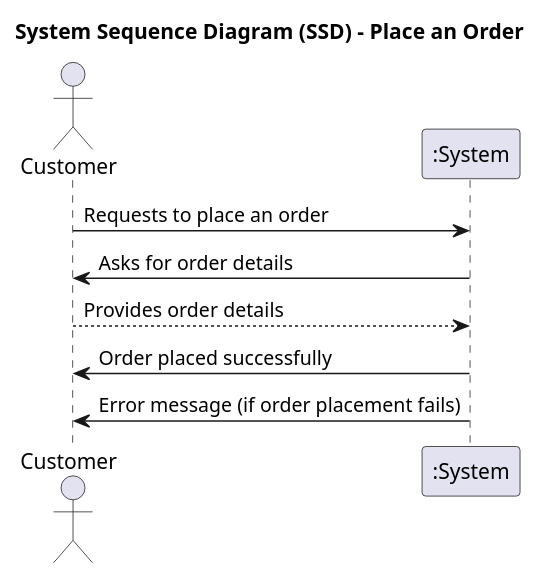
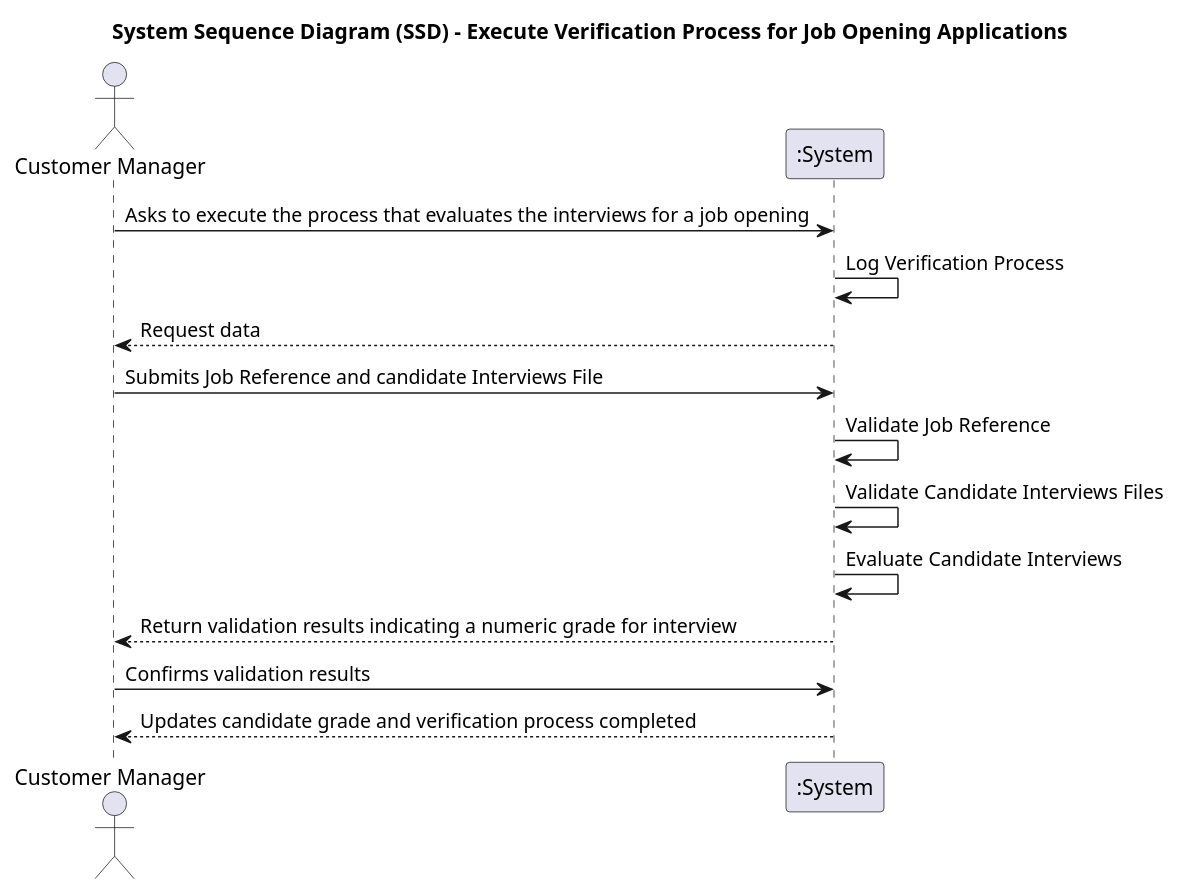
The diagram in docs/sprintC/US1018/01.requirements-engineering/puml/SSD.puml (Mendoncaa/LAPR4), drawn with PlantUML before and after one commit. The commit also changed 5 other files, not shown here.

```diff
--- a/docs/sprintC/US1018/01.requirements-engineering/puml/SSD.puml
+++ b/docs/sprintC/US1018/01.requirements-engineering/puml/SSD.puml
@@ -1,15 +1,20 @@
 @startuml
 
-title System Sequence Diagram (SSD) - Place an Order
+title System Sequence Diagram (SSD) - Execute Verification Process for Job Opening Applications
 
-actor "Customer" as U
+actor "Customer Manager" as CM
 participant ":System" as S
 
-U -> S : Requests to place an order
-S -> U : Asks for order details
-U --> S : Provides order details
+CM -> S : Asks to execute the process that evaluates the interviews for a job opening
+S -> S : Log Verification Process
+S --> CM : Request data
+CM -> S : Submits Job Reference and candidate Interviews File
+S -> S : Validate Job Reference
+S -> S : Validate Candidate Interviews Files
+S -> S : Evaluate Candidate Interviews
+S --> CM : Return validation results indicating a numeric grade for interview
 
-S -> U : Order placed successfully
-S -> U : Error message (if order placement fails)
+CM -> S : Confirms validation results
+S --> CM : Updates candidate grade and verification process completed
 
 @enduml
```
